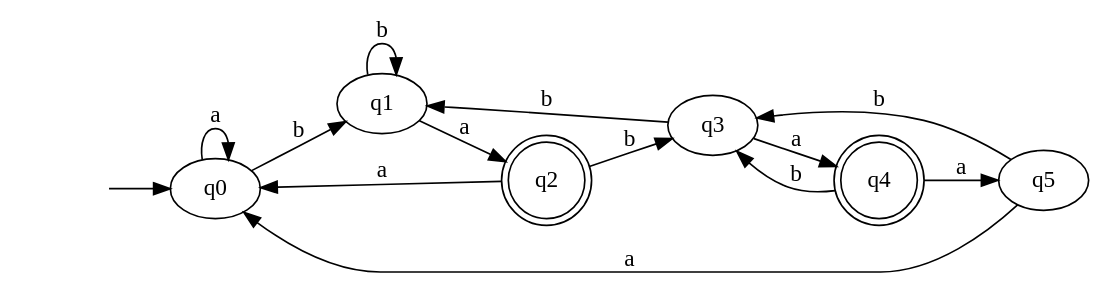
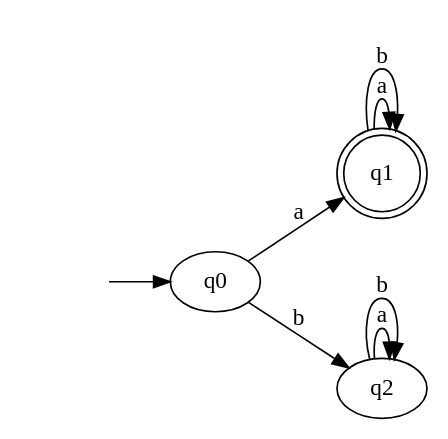
Before and after one commit to bas200o/formele-methoden: the diagram in formele_methoden/graphs/debuggraph.dot, drawn with Graphviz. The commit also changed 8 other files, not shown here.

```diff
--- a/formele_methoden/graphs/debuggraph.dot
+++ b/formele_methoden/graphs/debuggraph.dot
@@ -1,19 +1,12 @@
-digraph ndfa
+digraph graph_2
 {
 	rankdir =  LR; node_start [label = "", shape = none]; 
 	node_start ->  q0; 
-	q4 [label =q4, shape = doublecircle]; 
-	q2 [label =q2, shape = doublecircle]; 
-	q0 -> q0 [label=a]; 
-	q0 -> q1 [label=b]; 
-	q1 -> q2 [label=a]; 
+	q1 [label =q1, shape = doublecircle]; 
+	q0 -> q1 [label=a]; 
+	q0 -> q2 [label=b]; 
+	q1 -> q1 [label=a]; 
 	q1 -> q1 [label=b]; 
-	q2 -> q0 [label=a]; 
-	q2 -> q3 [label=b]; 
-	q3 -> q4 [label=a]; 
-	q3 -> q1 [label=b]; 
-	q4 -> q5 [label=a]; 
-	q4 -> q3 [label=b]; 
-	q5 -> q0 [label=a]; 
-	q5 -> q3 [label=b]; 
+	q2 -> q2 [label=a]; 
+	q2 -> q2 [label=b]; 
 }
```
